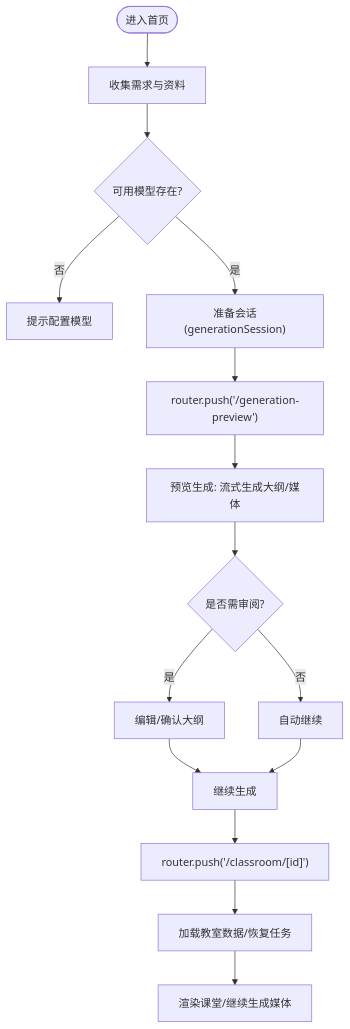
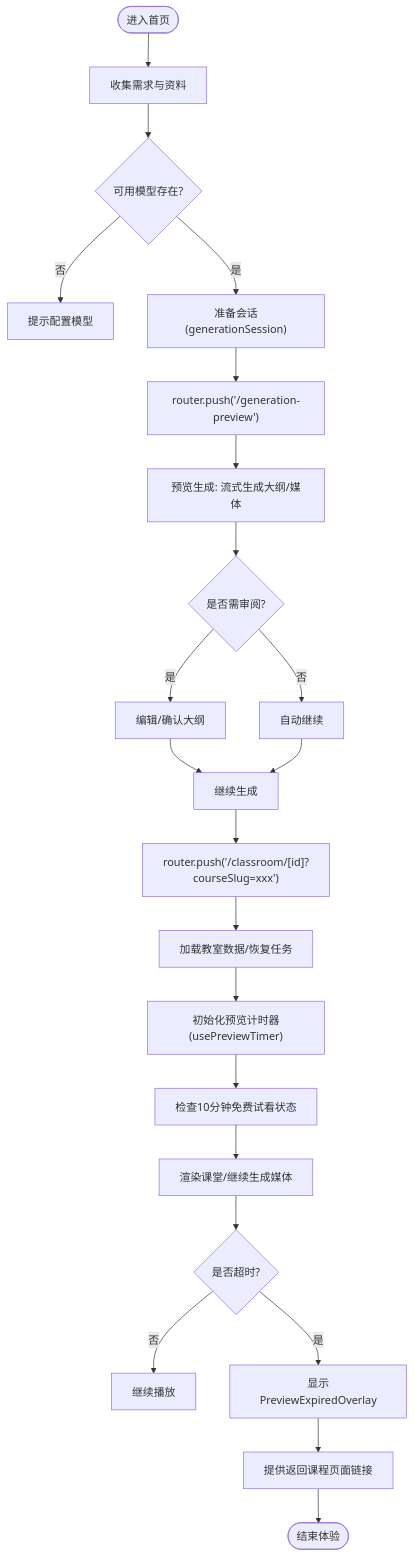
One commit to huangboheng/OpenMAIC changed the second of 2 diagrams in .qoder/repowiki/zh/content/架构设计/前端架构设计/路由架构设计.md. Above: the diagram before and after it, drawn with Mermaid. The commit also changed other lines of this file and 77 other files, not shown here.

First line of the commit message:
feat: add preview timer, reorganize knowledge wiki, remove middleware

````diff
--- a/.qoder/repowiki/zh/content/架构设计/前端架构设计/路由架构设计.md
+++ b/.qoder/repowiki/zh/content/架构设计/前端架构设计/路由架构设计.md
@@ -103,17 +134,24 @@
 ```mermaid
 flowchart TD
 Start(["进入首页"]) --> Collect["收集需求与资料"]
 Collect --> Validate{"可用模型存在?"}
 Validate --> |否| Prompt["提示配置模型"]
 Validate --> |是| Prepare["准备会话(generationSession)"]
 Prepare --> Navigate["router.push('/generation-preview')"]
 Navigate --> Preview["预览生成: 流式生成大纲/媒体"]
 Preview --> Review{"是否需审阅?"}
 Review --> |是| Edit["编辑/确认大纲"]
 Review --> |否| AutoContinue["自动继续"]
 Edit --> Continue["继续生成"]
 AutoContinue --> Continue
-Continue --> Classroom["router.push('/classroom/[id]')"]
+Continue --> Classroom["router.push('/classroom/[id]?courseSlug=xxx')"]
 Classroom --> Load["加载教室数据/恢复任务"]
-Load --> Render["渲染课堂/继续生成媒体"]
+Load --> InitTimer["初始化预览计时器(usePreviewTimer)"]
+InitTimer --> TimerCheck["检查10分钟免费试看状态"]
+TimerCheck --> Render["渲染课堂/继续生成媒体"]
+Render --> CheckExpired{"是否超时?"}
+CheckExpired --> |否| ContinuePlaying["继续播放"]
+CheckExpired --> |是| ShowOverlay["显示PreviewExpiredOverlay"]
+ShowOverlay --> BackLink["提供返回课程页面链接"]
+BackLink --> End(["结束体验"])
 ```
````
